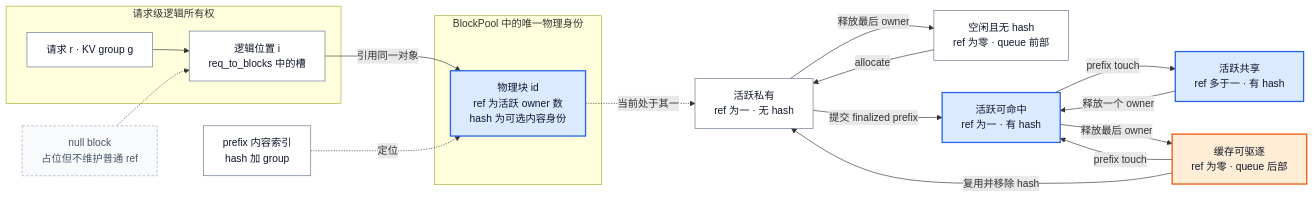
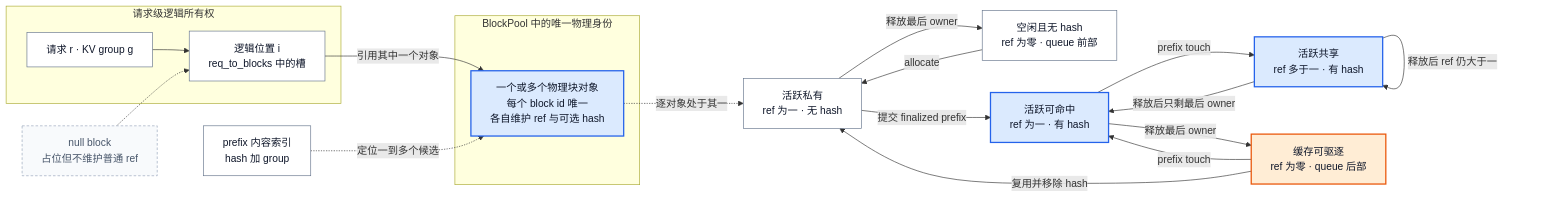
One commit to suhaibo666/llm-knowledge changed the diagram in wiki/02_engineering/03_infer_frameworks/vllm/12_vllm_kv_cache_management_analysis.md. Above: the diagram before and after it, drawn with Mermaid.

Commit message:
docs(vllm): fix kv cache ownership diagram

````diff
--- a/wiki/02_engineering/03_infer_frameworks/vllm/12_vllm_kv_cache_management_analysis.md
+++ b/wiki/02_engineering/03_infer_frameworks/vllm/12_vllm_kv_cache_management_analysis.md
@@ -44,38 +44,39 @@
 ```mermaid
 flowchart LR
     subgraph Logical["请求级逻辑所有权"]
         R["请求 r · KV group g"] --> S["逻辑位置 i<br/>req_to_blocks 中的槽"]
     end
     subgraph Physical["BlockPool 中的唯一物理身份"]
-        B["物理块 id<br/>ref 为活跃 owner 数<br/>hash 为可选内容身份"]
+        B["一个或多个物理块对象<br/>每个 block id 唯一<br/>各自维护 ref 与可选 hash"]
     end
-    S -->|引用同一对象| B
-    H["prefix 内容索引<br/>hash 加 group"] -.->|定位| B
+    S -->|引用其中一个对象| B
+    H["prefix 内容索引<br/>hash 加 group"] -.->|定位一到多个候选| B
 
     U["空闲且无 hash<br/>ref 为零 · queue 前部"]
     A["活跃私有<br/>ref 为一 · 无 hash"]
     C["活跃可命中<br/>ref 为一 · 有 hash"]
     SH["活跃共享<br/>ref 多于一 · 有 hash"]
     E["缓存可驱逐<br/>ref 为零 · queue 后部"]
 
-    B -.->|当前处于其一| A
+    B -.->|逐对象处于其一| A
     U -->|allocate| A
     A -->|提交 finalized prefix| C
     C -->|prefix touch| SH
-    SH -->|释放一个 owner| C
+    SH -->|释放后 ref 仍大于一| SH
+    SH -->|释放后只剩最后 owner| C
     C -->|释放最后 owner| E
     E -->|prefix touch| C
     E -->|复用并移除 hash| A
     A -->|释放最后 owner| U
 
     N["null block<br/>占位但不维护普通 ref"] -.-> S
 
     classDef neutral fill:#ffffff,stroke:#64748b,color:#0f172a
     classDef acc1 fill:#dbeafe,stroke:#2563eb,color:#0f172a,stroke-width:2px
     classDef acc2 fill:#ffedd5,stroke:#ea580c,color:#0f172a,stroke-width:2px
     classDef ghost fill:#f8fafc,stroke:#94a3b8,color:#475569,stroke-dasharray:4 3
     class R,S,B,H,U,A,C,SH,E neutral
     class B,C,SH acc1
     class E acc2
     class N ghost
 ```
````
